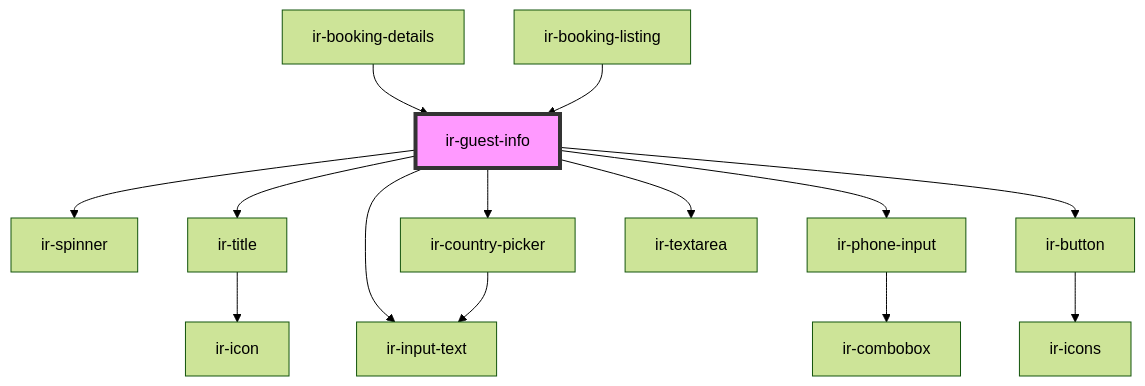
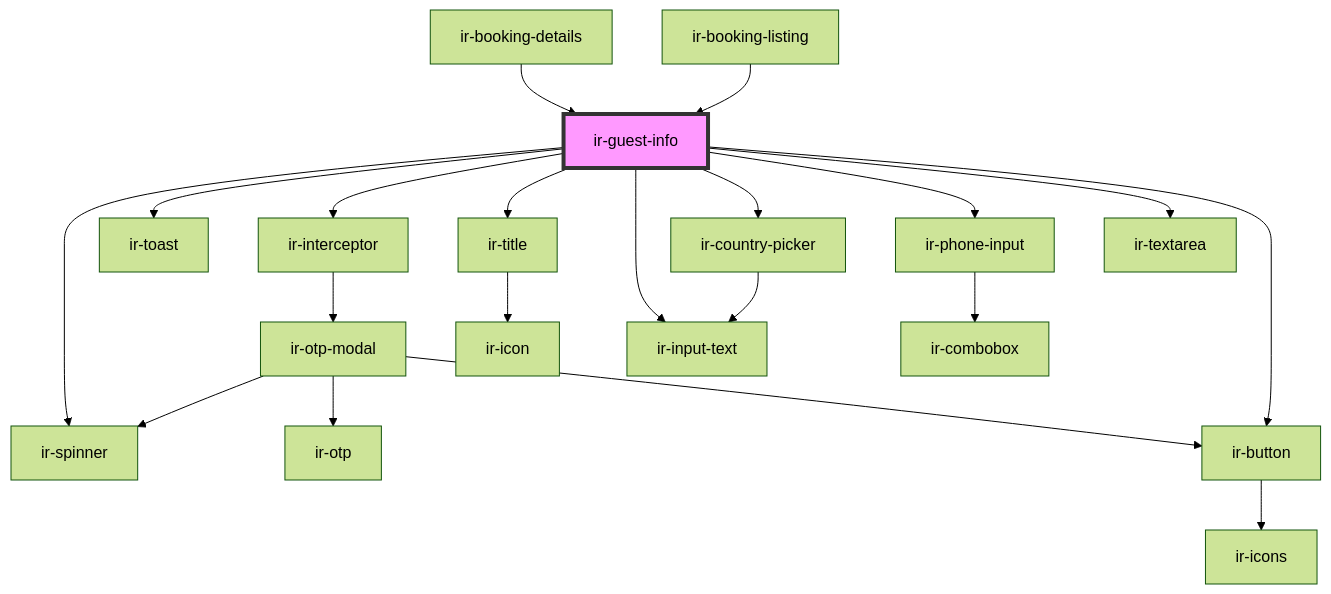
Before and after one commit to David1Chowaifaty/modified-ir-webcmp: the diagram in src/components/ir-guest-info/readme.md, drawn with Mermaid (forest theme). The commit also changed other lines of this file and 50 other files, not shown here.

````diff
--- a/src/components/ir-guest-info/readme.md
+++ b/src/components/ir-guest-info/readme.md
@@ -46,17 +49,23 @@
 ```mermaid
 graph TD;
   ir-guest-info --> ir-spinner
+  ir-guest-info --> ir-toast
+  ir-guest-info --> ir-interceptor
   ir-guest-info --> ir-title
   ir-guest-info --> ir-input-text
   ir-guest-info --> ir-country-picker
   ir-guest-info --> ir-phone-input
   ir-guest-info --> ir-textarea
   ir-guest-info --> ir-button
+  ir-interceptor --> ir-otp-modal
+  ir-otp-modal --> ir-spinner
+  ir-otp-modal --> ir-otp
+  ir-otp-modal --> ir-button
+  ir-button --> ir-icons
   ir-title --> ir-icon
   ir-country-picker --> ir-input-text
   ir-phone-input --> ir-combobox
-  ir-button --> ir-icons
   ir-booking-details --> ir-guest-info
   ir-booking-listing --> ir-guest-info
   style ir-guest-info fill:#f9f,stroke:#333,stroke-width:4px
 ```
````
